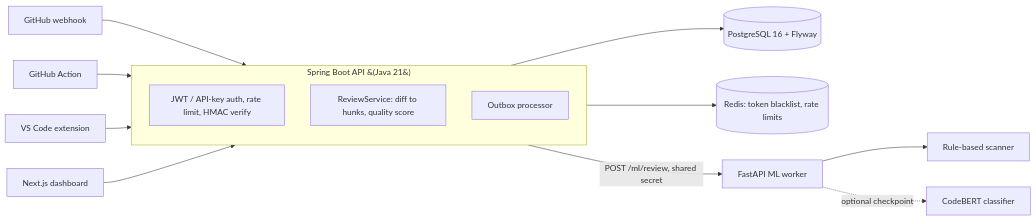
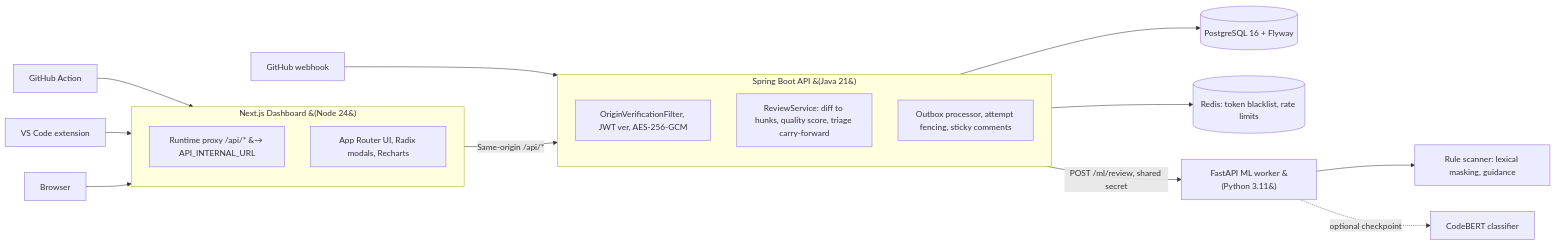
One commit to tanmay-alpha/automated-code-review-tool changed the first of 2 diagrams in README.md. Above: the diagram before and after it, drawn with Mermaid. The commit also changed other lines of this file and 2 other files, not shown here.

Commit message:
docs: document hardening audit, roadmap, and architecture updates

````diff
--- a/README.md
+++ b/README.md
@@ -15,18 +24,24 @@
 ```mermaid
 flowchart LR
     GH[GitHub webhook] --> API
-    ACT[GitHub Action] --> API
-    EXT[VS Code extension] --> API
-    WEB[Next.js dashboard] --> API
+    ACT[GitHub Action] --> WEB
+    EXT[VS Code extension] --> WEB
+    BROWSER[Browser] --> WEB
+    subgraph WEB[Next.js Dashboard &#40;Node 24&#41;]
+      direction TB
+      PROXY[Runtime proxy /api/* &#8594; API_INTERNAL_URL]
+      UI[App Router UI, Radix modals, Recharts]
+    end
+    WEB -->|Same-origin /api/*| API
     subgraph API[Spring Boot API &#40;Java 21&#41;]
       direction TB
-      SEC[JWT / API-key auth, rate limit, HMAC verify]
-      REV[ReviewService: diff to hunks, quality score]
-      OUT[Outbox processor]
+      SEC[OriginVerificationFilter, JWT ver, AES-256-GCM]
+      REV[ReviewService: diff to hunks, quality score, triage carry-forward]
+      OUT[Outbox processor, attempt fencing, sticky comments]
     end
     API --> PG[(PostgreSQL 16 + Flyway)]
     API --> RD[(Redis: token blacklist, rate limits)]
-    API -->|POST /ml/review, shared secret| ML[FastAPI ML worker]
-    ML --> RULES[Rule-based scanner]
+    API -->|POST /ml/review, shared secret| ML[FastAPI ML worker &#40;Python 3.11&#41;]
+    ML --> RULES[Rule scanner: lexical masking, guidance]
     ML -.optional checkpoint.-> BERT[CodeBERT classifier]
 ```
````
